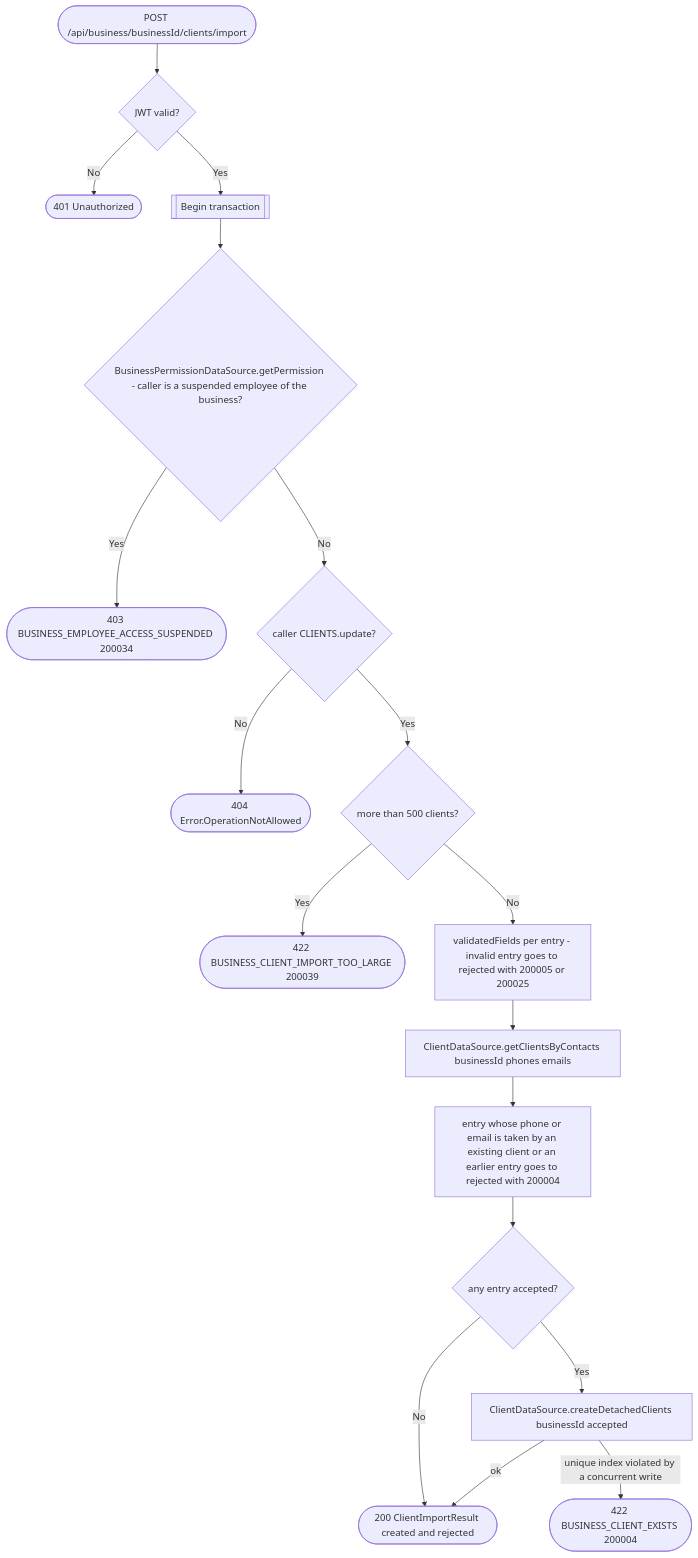
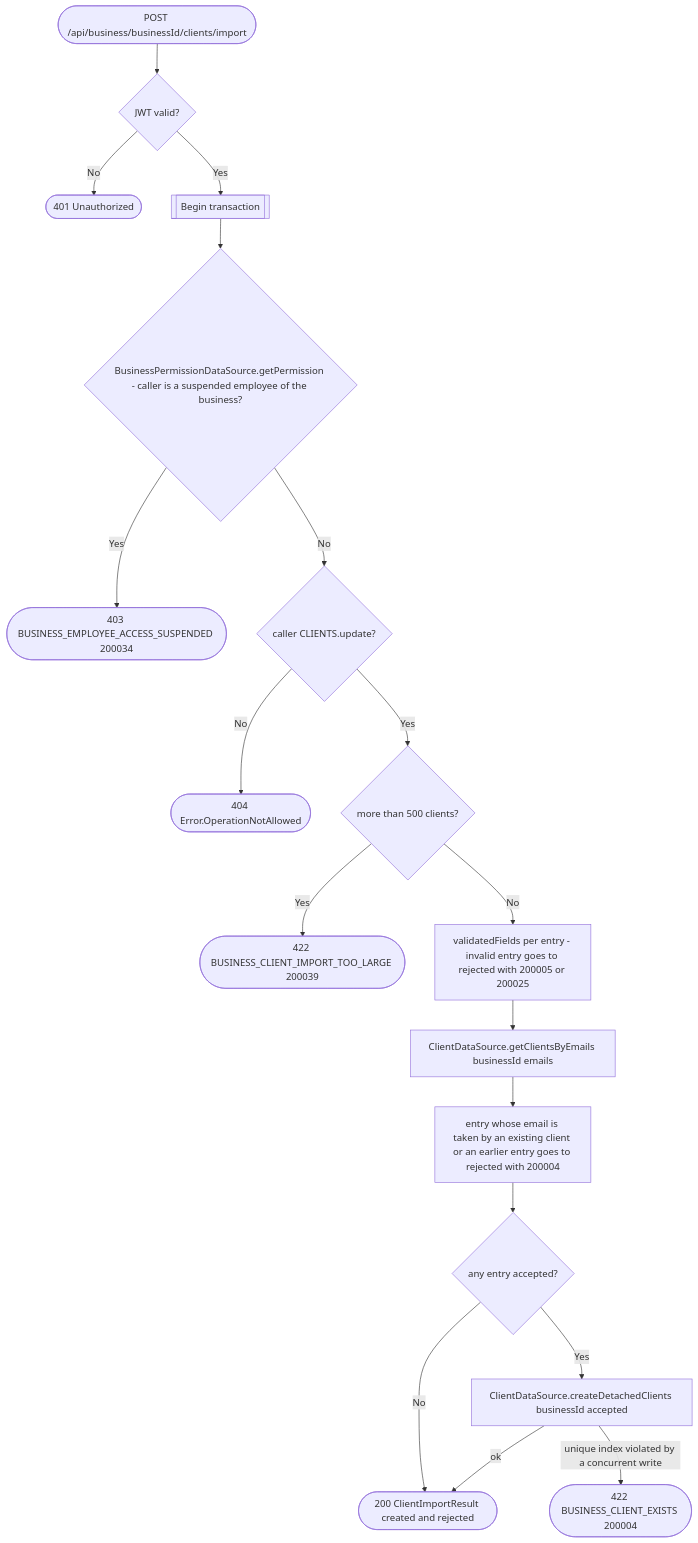
One commit to nocturneproperties/bookkme changed the diagram in docs/operations/business/import-clients.md. Above: the diagram before and after it, drawn with Mermaid. The commit also changed other lines of this file and 36 other files, not shown here.

Commit message:
[ISSUE-147] match clients only by email

````diff
--- a/docs/operations/business/import-clients.md
+++ b/docs/operations/business/import-clients.md
@@ -27,20 +26,20 @@
 ```mermaid
 flowchart TD
     Start([POST /api/business/businessId/clients/import]) --> Auth{JWT valid?}
     Auth -- No --> R401([401 Unauthorized])
     Auth -- Yes --> Tx[[Begin transaction]]
     Tx --> Suspended{BusinessPermissionDataSource.getPermission - caller is a suspended employee of the business?}
     Suspended -- Yes --> R403s([403 BUSINESS_EMPLOYEE_ACCESS_SUSPENDED 200034])
     Suspended -- No --> Perm{caller CLIENTS.update?}
     Perm -- No --> R404a([404 Error.OperationNotAllowed])
     Perm -- Yes --> Size{more than 500 clients?}
     Size -- Yes --> R422s([422 BUSINESS_CLIENT_IMPORT_TOO_LARGE 200039])
     Size -- No --> Validate[validatedFields per entry - invalid entry goes to rejected with 200005 or 200025]
-    Validate --> Lookup[ClientDataSource.getClientsByContacts businessId phones emails]
-    Lookup --> Dedup[entry whose phone or email is taken by an existing client or an earlier entry goes to rejected with 200004]
+    Validate --> Lookup[ClientDataSource.getClientsByEmails businessId emails]
+    Lookup --> Dedup[entry whose email is taken by an existing client or an earlier entry goes to rejected with 200004]
     Dedup --> Any{any entry accepted?}
     Any -- No --> R200([200 ClientImportResult created and rejected])
     Any -- Yes --> Insert[ClientDataSource.createDetachedClients businessId accepted]
     Insert -- unique index violated by a concurrent write --> R422e([422 BUSINESS_CLIENT_EXISTS 200004])
     Insert -- ok --> R200
 ```
````
